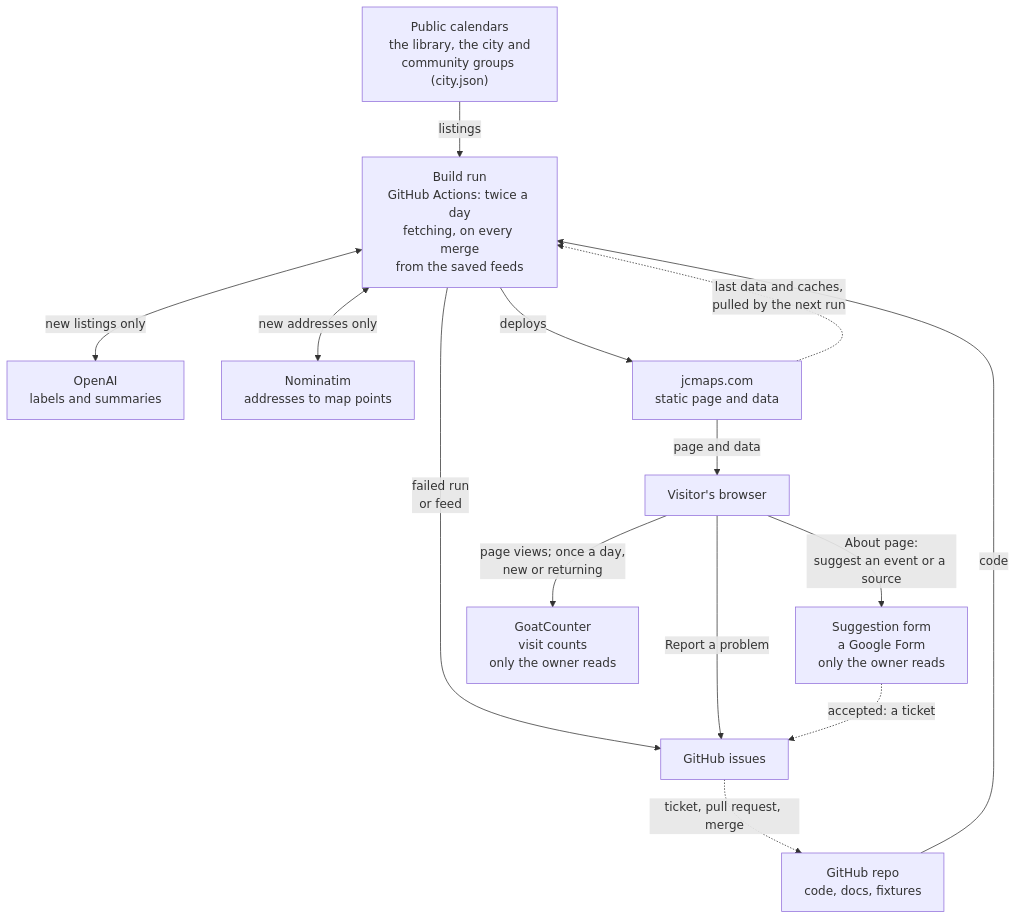
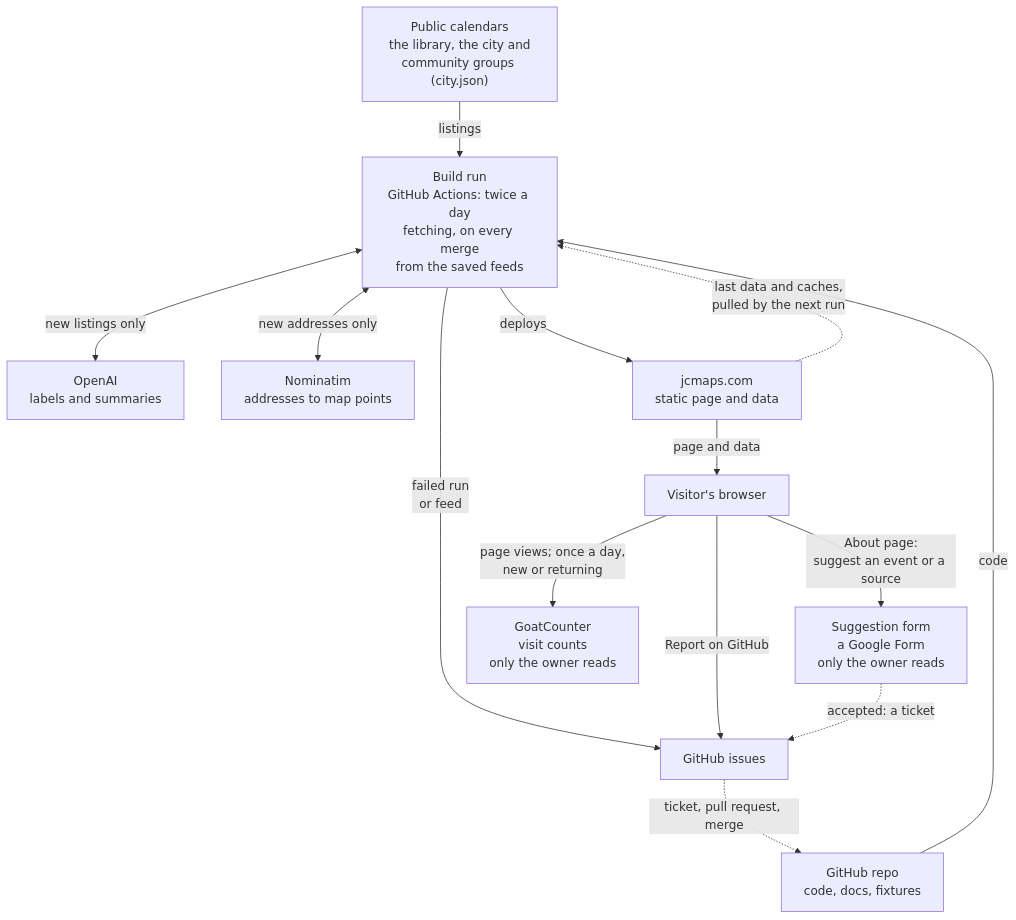
The first of 2 diagrams in docs/how-it-works.md (taneta/jcmaps), drawn with Mermaid before and after one commit. The commit also changed 7 other files, not shown here.

Commit message:
Visitor reports carry the report label through a template, and the card says it opens on GitHub (#32)

````diff
--- a/docs/how-it-works.md
+++ b/docs/how-it-works.md
@@ -9,28 +9,28 @@
 ```mermaid
 flowchart TD
     %% Mirrors .github/workflows/build.yml. Update it when the run, a trigger or a service changes.
     feeds["Public calendars<br/>the library, the city and<br/>community groups (city.json)"]
     repo["GitHub repo<br/>code, docs, fixtures"]
     run["Build run<br/>GitHub Actions: twice a day<br/>fetching, on every merge<br/>from the saved feeds"]
     openai["OpenAI<br/>labels and summaries"]
     nominatim["Nominatim<br/>addresses to map points"]
     site["jcmaps.com<br/>static page and data"]
     visitor["Visitor's browser"]
     issues["GitHub issues"]
     form["Suggestion form<br/>a Google Form<br/>only the owner reads"]
     counter["GoatCounter<br/>visit counts<br/>only the owner reads"]
 
     feeds -->|listings| run
     repo -->|code| run
     run <-->|new listings only| openai
     run <-->|new addresses only| nominatim
     run -->|deploys| site
     site -->|page and data| visitor
     run -->|failed run<br/>or feed| issues
-    visitor -->|Report a problem| issues
+    visitor -->|Report on GitHub| issues
     visitor -->|About page:<br/>suggest an event or a source| form
     form -.->|accepted: a ticket| issues
     visitor -->|page views; once a day,<br/>new or returning| counter
     site -.->|last data and caches,<br/>pulled by the next run| run
     issues -.->|ticket, pull request, merge| repo
 ```
````
